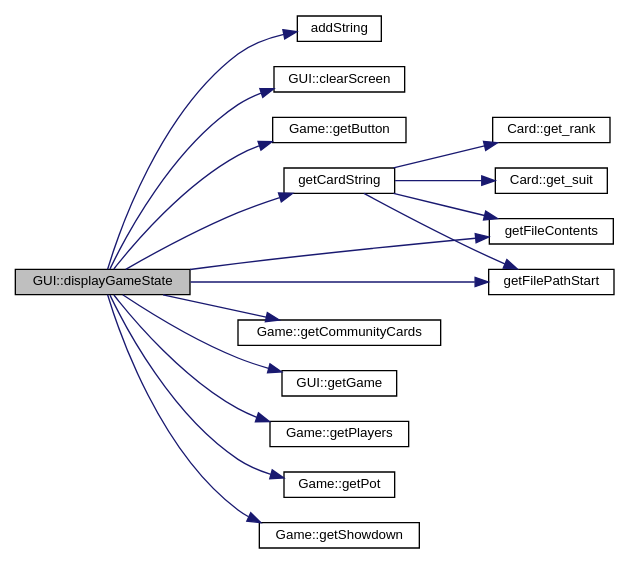
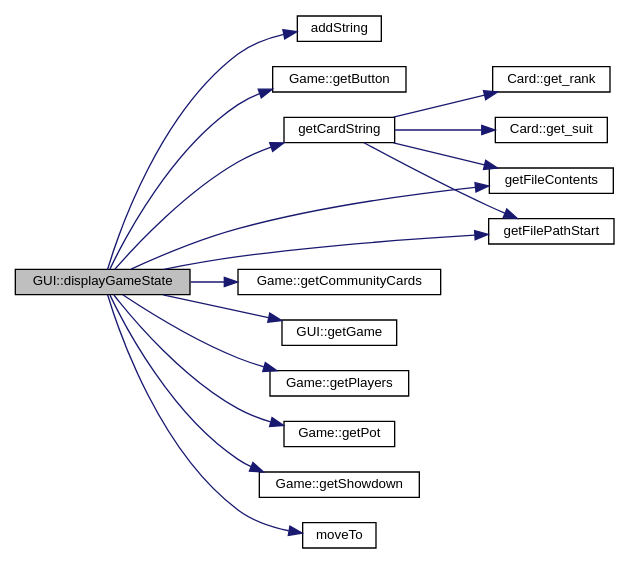
One commit to jesstyrrell/cosc345 changed the diagram in class_g_u_i_a8f55dae107a6648458f6eb16608c66d2_cgraph.dot. Above: the diagram before and after it, drawn with Graphviz. The commit also changed 170 other files, not shown here.

```diff
--- a/class_g_u_i_a8f55dae107a6648458f6eb16608c66d2_cgraph.dot
+++ b/class_g_u_i_a8f55dae107a6648458f6eb16608c66d2_cgraph.dot
@@ -1,37 +1,37 @@
 digraph "GUI::displayGameState"
 {
  // INTERACTIVE_SVG=YES
  // LATEX_PDF_SIZE
   edge [fontname="Helvetica",fontsize="10",labelfontname="Helvetica",labelfontsize="10"];
   node [fontname="Helvetica",fontsize="10",shape=record];
   rankdir="LR";
   Node1 [label="GUI::displayGameState",height=0.2,width=0.4,color="black", fillcolor="grey75", style="filled", fontcolor="black",tooltip="Displays the current state of the game."];
   Node1 -> Node2 [color="midnightblue",fontsize="10",style="solid",fontname="Helvetica"];
   Node2 [label="addString",height=0.2,width=0.4,color="black", fillcolor="white", style="filled",URL="$_g_u_i_8cpp.html#ae6720e4bc4b25d366b73e9fc9b8afd4b",tooltip=" "];
   Node1 -> Node3 [color="midnightblue",fontsize="10",style="solid",fontname="Helvetica"];
-  Node3 [label="GUI::clearScreen",height=0.2,width=0.4,color="black", fillcolor="white", style="filled",URL="$class_g_u_i.html#acf2275f45170a133113df56f878ff554",tooltip="Clears the console screen."];
+  Node3 [label="Game::getButton",height=0.2,width=0.4,color="black", fillcolor="white", style="filled",URL="$class_game.html#a4760c827f1396dfba471b22a79a4f7ee",tooltip="Gets the current position of the dealer button."];
   Node1 -> Node4 [color="midnightblue",fontsize="10",style="solid",fontname="Helvetica"];
-  Node4 [label="Game::getButton",height=0.2,width=0.4,color="black", fillcolor="white", style="filled",URL="$class_game.html#a4760c827f1396dfba471b22a79a4f7ee",tooltip="Gets the current position of the dealer button."];
-  Node1 -> Node5 [color="midnightblue",fontsize="10",style="solid",fontname="Helvetica"];
-  Node5 [label="getCardString",height=0.2,width=0.4,color="black", fillcolor="white", style="filled",URL="$_g_u_i_8cpp.html#a36b6f63142ee7d9e884ef846d5dd1a05",tooltip=" "];
-  Node5 -> Node6 [color="midnightblue",fontsize="10",style="solid",fontname="Helvetica"];
-  Node6 [label="Card::get_rank",height=0.2,width=0.4,color="black", fillcolor="white", style="filled",URL="$class_card.html#a9b352ce37c8d4e365b31dee979c35add",tooltip="Gets the rank of the card."];
-  Node5 -> Node7 [color="midnightblue",fontsize="10",style="solid",fontname="Helvetica"];
-  Node7 [label="Card::get_suit",height=0.2,width=0.4,color="black", fillcolor="white", style="filled",URL="$class_card.html#a74782cc7cdcc2bf7cabc89eaa265805a",tooltip="Gets the suit of the card."];
-  Node5 -> Node8 [color="midnightblue",fontsize="10",style="solid",fontname="Helvetica"];
-  Node8 [label="getFileContents",height=0.2,width=0.4,color="black", fillcolor="white", style="filled",URL="$_g_u_i_8cpp.html#a734f170642ae5d075a5f9f98fab8cfdf",tooltip=" "];
-  Node5 -> Node9 [color="midnightblue",fontsize="10",style="solid",fontname="Helvetica"];
-  Node9 [label="getFilePathStart",height=0.2,width=0.4,color="black", fillcolor="white", style="filled",URL="$_g_u_i_8cpp.html#a674e968d1ecb5cf741d6625f58378c95",tooltip=" "];
+  Node4 [label="getCardString",height=0.2,width=0.4,color="black", fillcolor="white", style="filled",URL="$_g_u_i_8cpp.html#a36b6f63142ee7d9e884ef846d5dd1a05",tooltip=" "];
+  Node4 -> Node5 [color="midnightblue",fontsize="10",style="solid",fontname="Helvetica"];
+  Node5 [label="Card::get_rank",height=0.2,width=0.4,color="black", fillcolor="white", style="filled",URL="$class_card.html#a9b352ce37c8d4e365b31dee979c35add",tooltip="Gets the rank of the card."];
+  Node4 -> Node6 [color="midnightblue",fontsize="10",style="solid",fontname="Helvetica"];
+  Node6 [label="Card::get_suit",height=0.2,width=0.4,color="black", fillcolor="white", style="filled",URL="$class_card.html#a74782cc7cdcc2bf7cabc89eaa265805a",tooltip="Gets the suit of the card."];
+  Node4 -> Node7 [color="midnightblue",fontsize="10",style="solid",fontname="Helvetica"];
+  Node7 [label="getFileContents",height=0.2,width=0.4,color="black", fillcolor="white", style="filled",URL="$_g_u_i_8cpp.html#a734f170642ae5d075a5f9f98fab8cfdf",tooltip=" "];
+  Node4 -> Node8 [color="midnightblue",fontsize="10",style="solid",fontname="Helvetica"];
+  Node8 [label="getFilePathStart",height=0.2,width=0.4,color="black", fillcolor="white", style="filled",URL="$_g_u_i_8cpp.html#a674e968d1ecb5cf741d6625f58378c95",tooltip=" "];
+  Node1 -> Node9 [color="midnightblue",fontsize="10",style="solid",fontname="Helvetica"];
+  Node9 [label="Game::getCommunityCards",height=0.2,width=0.4,color="black", fillcolor="white", style="filled",URL="$class_game.html#ae8d1705be89f97f5ef13ba1a460502f2",tooltip="Gets the community cards on the table."];
+  Node1 -> Node7 [color="midnightblue",fontsize="10",style="solid",fontname="Helvetica"];
+  Node1 -> Node8 [color="midnightblue",fontsize="10",style="solid",fontname="Helvetica"];
   Node1 -> Node10 [color="midnightblue",fontsize="10",style="solid",fontname="Helvetica"];
-  Node10 [label="Game::getCommunityCards",height=0.2,width=0.4,color="black", fillcolor="white", style="filled",URL="$class_game.html#ae8d1705be89f97f5ef13ba1a460502f2",tooltip="Gets the community cards on the table."];
-  Node1 -> Node8 [color="midnightblue",fontsize="10",style="solid",fontname="Helvetica"];
-  Node1 -> Node9 [color="midnightblue",fontsize="10",style="solid",fontname="Helvetica"];
+  Node10 [label="GUI::getGame",height=0.2,width=0.4,color="black", fillcolor="white", style="filled",URL="$class_g_u_i.html#a8a11612f177718da765ea52bc74d62de",tooltip="Gets the game object for the GUI."];
   Node1 -> Node11 [color="midnightblue",fontsize="10",style="solid",fontname="Helvetica"];
-  Node11 [label="GUI::getGame",height=0.2,width=0.4,color="black", fillcolor="white", style="filled",URL="$class_g_u_i.html#a8a11612f177718da765ea52bc74d62de",tooltip="Gets the game object for the GUI."];
+  Node11 [label="Game::getPlayers",height=0.2,width=0.4,color="black", fillcolor="white", style="filled",URL="$class_game.html#a57e5aef2f67e77929842fab7a78404ea",tooltip="Gets the players in the game."];
   Node1 -> Node12 [color="midnightblue",fontsize="10",style="solid",fontname="Helvetica"];
-  Node12 [label="Game::getPlayers",height=0.2,width=0.4,color="black", fillcolor="white", style="filled",URL="$class_game.html#a57e5aef2f67e77929842fab7a78404ea",tooltip="Gets the players in the game."];
+  Node12 [label="Game::getPot",height=0.2,width=0.4,color="black", fillcolor="white", style="filled",URL="$class_game.html#a20b263146b74bb0c81341cfd26c44de6",tooltip="Gets the current pot size."];
   Node1 -> Node13 [color="midnightblue",fontsize="10",style="solid",fontname="Helvetica"];
-  Node13 [label="Game::getPot",height=0.2,width=0.4,color="black", fillcolor="white", style="filled",URL="$class_game.html#a20b263146b74bb0c81341cfd26c44de6",tooltip="Gets the current pot size."];
+  Node13 [label="Game::getShowdown",height=0.2,width=0.4,color="black", fillcolor="white", style="filled",URL="$class_game.html#ae10d3e9f219b74699aa150537440c041",tooltip="Checks if the game is at showdown."];
   Node1 -> Node14 [color="midnightblue",fontsize="10",style="solid",fontname="Helvetica"];
-  Node14 [label="Game::getShowdown",height=0.2,width=0.4,color="black", fillcolor="white", style="filled",URL="$class_game.html#ae10d3e9f219b74699aa150537440c041",tooltip="Checks if the game is at showdown."];
+  Node14 [label="moveTo",height=0.2,width=0.4,color="black", fillcolor="white", style="filled",URL="$_g_u_i_8cpp.html#a0fcdefbd8531ccd32fad2d8d6caa7a76",tooltip=" "];
 }
```
